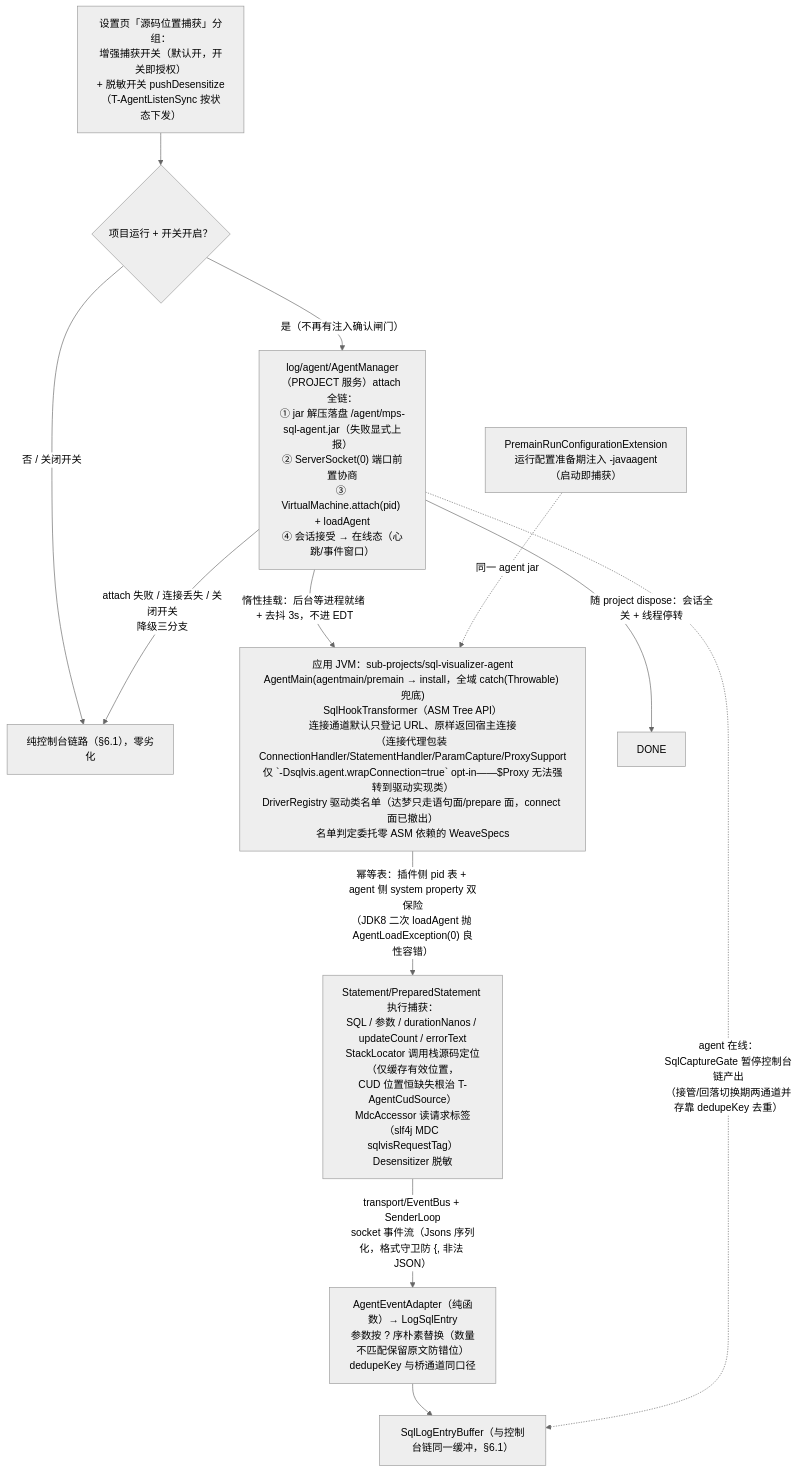
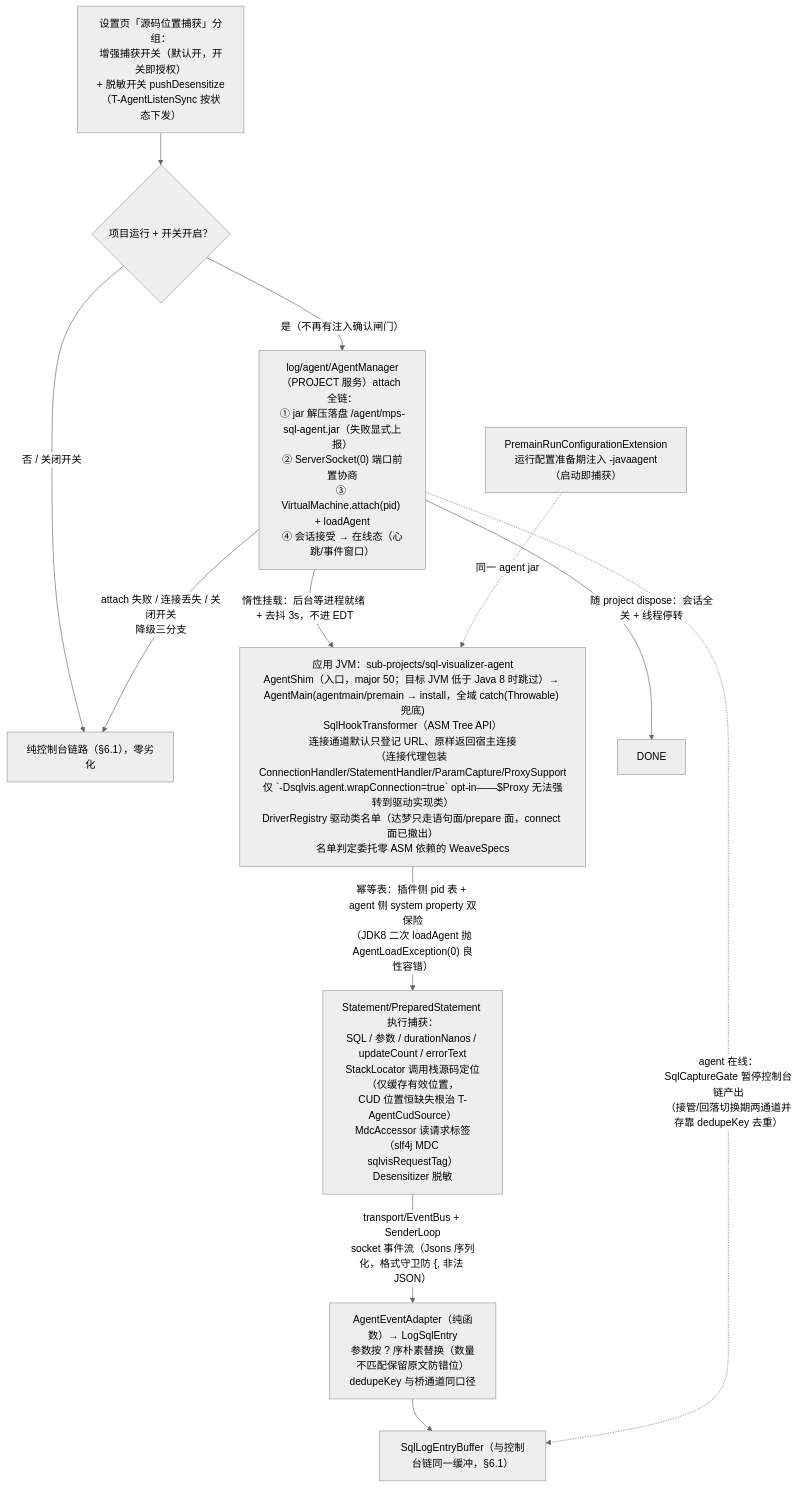
Diagram 16 of 20 in docs/架构设计/02-核心流程详解.md (SongRenShuo/mybatis-plus-sql-visualizer), drawn with Mermaid (neutral theme) before and after one commit. The commit also changed other lines of this file and 16 other files, not shown here.

First line of the commit message:
fix(agent): JDK 低于 8 的目标应用开启增强捕获后无法启动（T-OldJvmPremainGuard）

````diff
--- a/docs/架构设计/02-核心流程详解.md
+++ b/docs/架构设计/02-核心流程详解.md
@@ -742,14 +742,14 @@
 ```mermaid
 flowchart TD
     SET["设置页「源码位置捕获」分组：<br/>增强捕获开关（默认开，开关即授权）<br/>+ 脱敏开关 pushDesensitize（T-AgentListenSync 按状态下发）"] --> TRIG{"项目运行 + 开关开启？"}
     TRIG -->|"是（不再有注入确认闸门）"| ATTACH["log/agent/AgentManager（PROJECT 服务）attach 全链：<br/>① jar 解压落盘 /agent/mps-sql-agent.jar（失败显式上报）<br/>② ServerSocket(0) 端口前置协商<br/>③ VirtualMachine.attach(pid) + loadAgent<br/>④ 会话接受 → 在线态（心跳/事件窗口）"]
     TRIG -->|"否 / 关闭开关"| CONSOLE["纯控制台链路（§6.1），零劣化"]
-    ATTACH -->|"惰性挂载：后台等进程就绪 + 去抖 3s，不进 EDT"| JVM["应用 JVM：sub-projects/sql-visualizer-agent<br/>AgentMain(agentmain/premain → install，全域 catch(Throwable) 兜底)<br/>SqlHookTransformer（ASM Tree API）<br/>连接通道默认只登记 URL、原样返回宿主连接<br/>（连接代理包装 ConnectionHandler/StatementHandler/ParamCapture/ProxySupport<br/>仅 `-Dsqlvis.agent.wrapConnection=true` opt-in——$Proxy 无法强转到驱动实现类）<br/>DriverRegistry 驱动类名单（达梦只走语句面/prepare 面，connect 面已撤出）<br/>名单判定委托零 ASM 依赖的 WeaveSpecs"]
+    ATTACH -->|"惰性挂载：后台等进程就绪 + 去抖 3s，不进 EDT"| JVM["应用 JVM：sub-projects/sql-visualizer-agent<br/>AgentShim（入口，major 50；目标 JVM 低于 Java 8 时跳过）→ AgentMain(agentmain/premain → install，全域 catch(Throwable) 兜底)<br/>SqlHookTransformer（ASM Tree API）<br/>连接通道默认只登记 URL、原样返回宿主连接<br/>（连接代理包装 ConnectionHandler/StatementHandler/ParamCapture/ProxySupport<br/>仅 `-Dsqlvis.agent.wrapConnection=true` opt-in——$Proxy 无法强转到驱动实现类）<br/>DriverRegistry 驱动类名单（达梦只走语句面/prepare 面，connect 面已撤出）<br/>名单判定委托零 ASM 依赖的 WeaveSpecs"]
     PRE["PremainRunConfigurationExtension<br/>运行配置准备期注入 -javaagent（启动即捕获）"] -.->|"同一 agent jar"| JVM
     JVM -->|"幂等表：插件侧 pid 表 + agent 侧 system property 双保险<br/>（JDK8 二次 loadAgent 抛 AgentLoadException(0) 良性容错）"| CAP2["Statement/PreparedStatement 执行捕获：<br/>SQL / 参数 / durationNanos / updateCount / errorText<br/>StackLocator 调用栈源码定位（仅缓存有效位置，<br/>CUD 位置恒缺失根治 T-AgentCudSource）<br/>MdcAccessor 读请求标签（slf4j MDC sqlvisRequestTag）<br/>Desensitizer 脱敏"]
     CAP2 -->|"transport/EventBus + SenderLoop<br/>socket 事件流（Jsons 序列化，格式守卫防 {, 非法 JSON）"| ADAPT["AgentEventAdapter（纯函数）→ LogSqlEntry<br/>参数按 ? 序朴素替换（数量不匹配保留原文防错位）<br/>dedupeKey 与桥通道同口径"]
     ADAPT --> BUF["SqlLogEntryBuffer（与控制台链同一缓冲，§6.1）"]
     ATTACH -.->|"agent 在线：SqlCaptureGate 暂停控制台链产出<br/>（接管/回落切换期两通道并存靠 dedupeKey 去重）"| BUF
     ATTACH -->|"attach 失败 / 连接丢失 / 关闭开关<br/>降级三分支"| CONSOLE
     ATTACH -->|"随 project dispose：会话全关 + 线程停转"| DONE
 ```
````
